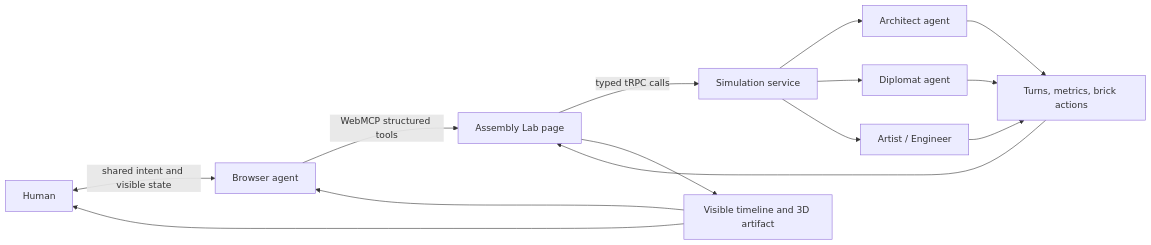
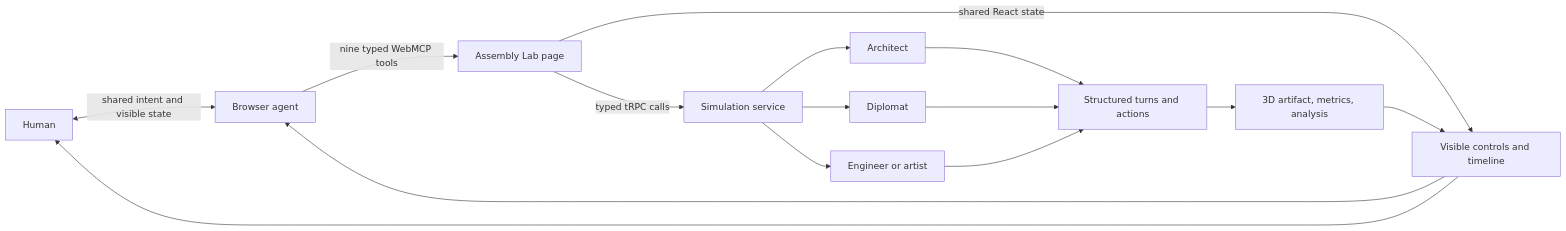
Before and after one commit to mlmrx/lego-claw-platform: the diagram in README.md, drawn with Mermaid. The commit also changed other lines of this file and 22 other files, not shown here.

Commit message:
docs: assemble complete WebMCP submission package

````diff
--- a/README.md
+++ b/README.md
@@ -65,16 +56,17 @@
 ```mermaid
 flowchart LR
     H[Human] <-->|shared intent and visible state| B[Browser agent]
-    B -->|WebMCP structured tools| W[Assembly Lab page]
+    B -->|nine typed WebMCP tools| W[Assembly Lab page]
+    W -->|shared React state| UI[Visible controls and timeline]
     W -->|typed tRPC calls| S[Simulation service]
-    S --> A1[Architect agent]
-    S --> A2[Diplomat agent]
-    S --> A3[Artist / Engineer]
-    A1 --> R[Turns, metrics, brick actions]
+    S --> A1[Architect]
+    S --> A2[Diplomat]
+    S --> A3[Engineer or artist]
+    A1 --> R[Structured turns and actions]
     A2 --> R
     A3 --> R
-    R --> W
-    W --> V[Visible timeline and 3D artifact]
-    V --> H
-    V --> B
+    R --> V[3D artifact, metrics, analysis]
+    V --> UI
+    UI --> H
+    UI --> B
 ```
````
